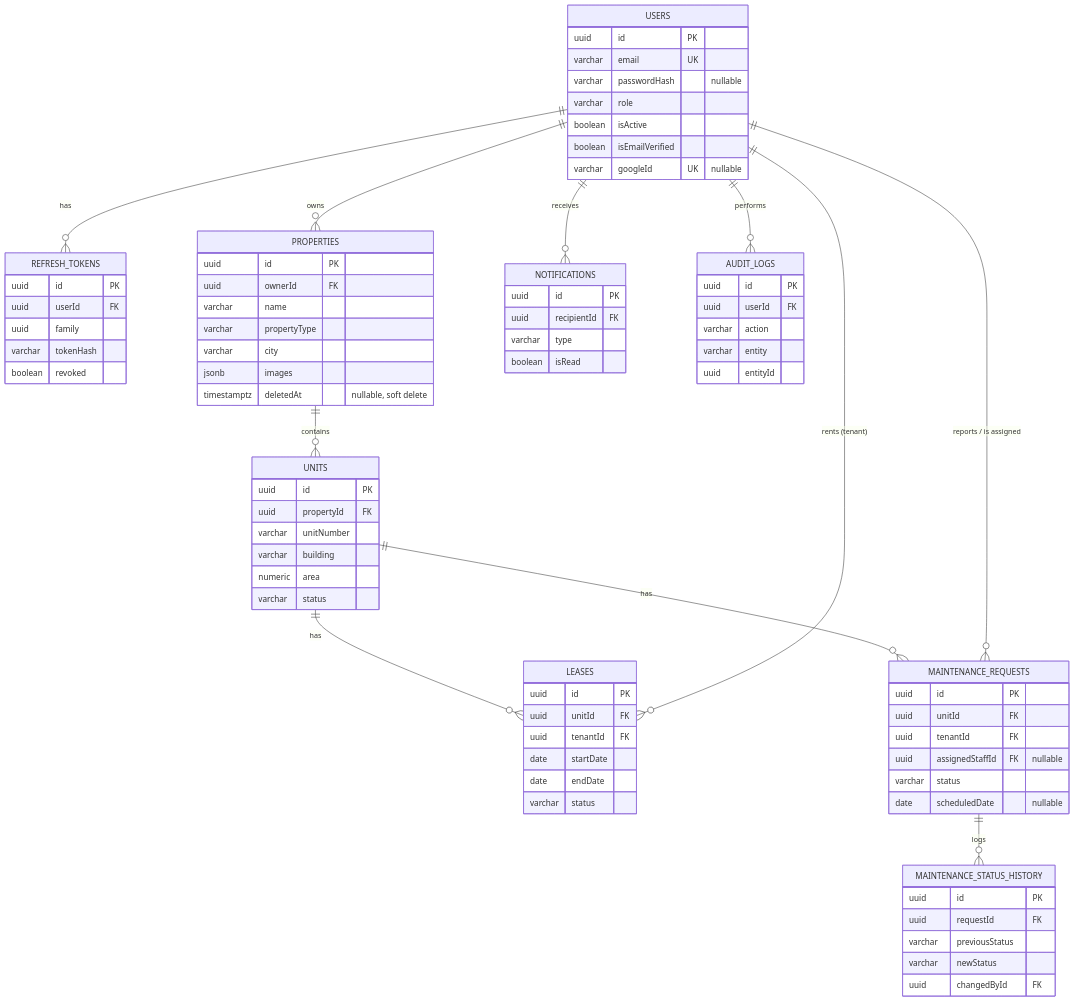
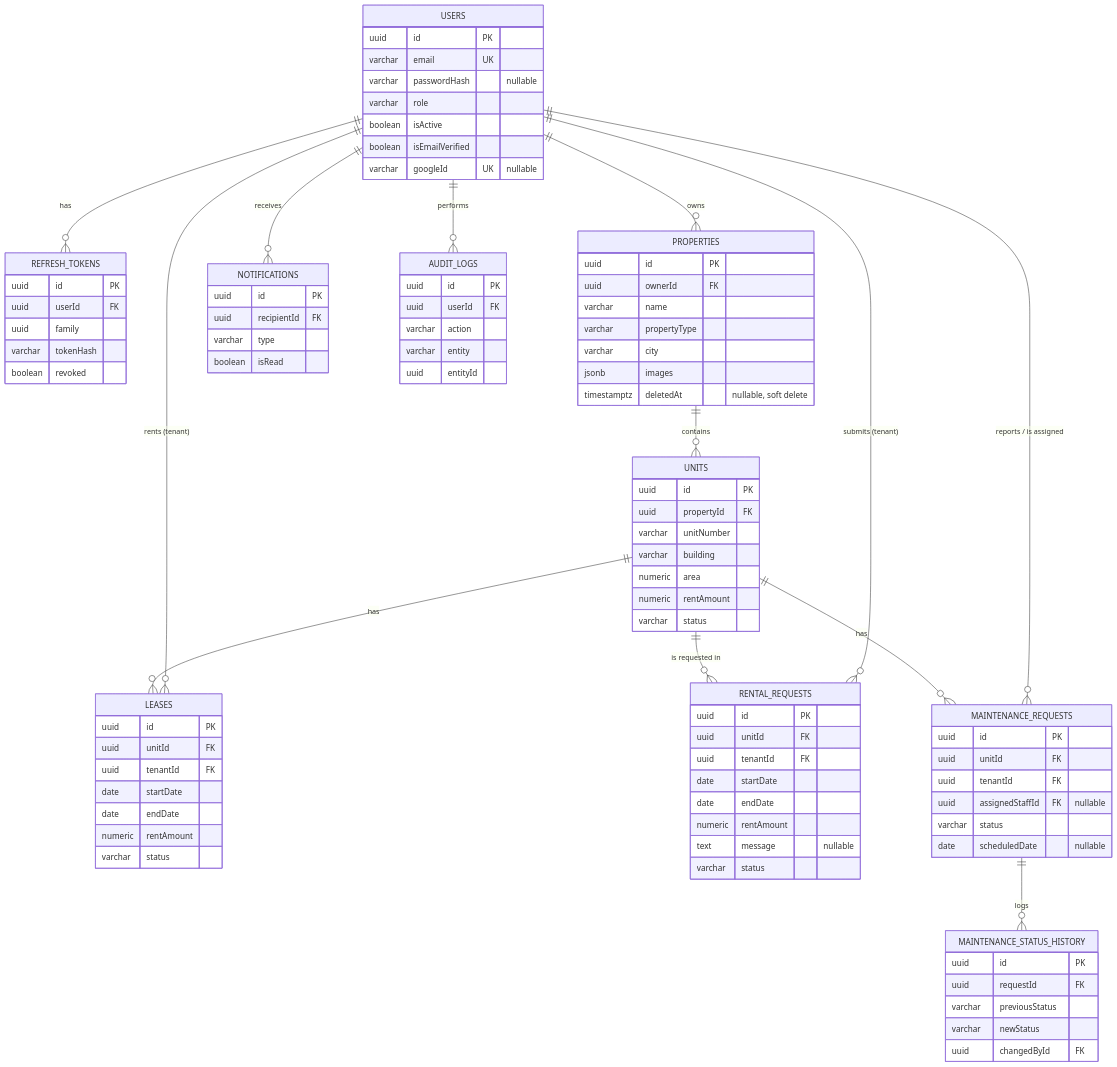
One commit to Joo-Shohber/Prop-Flow changed the diagram in docs/database.md. Above: the diagram before and after it, drawn with Mermaid. The commit also changed other lines of this file and 40 other files, not shown here.

```diff
--- a/docs/database.md
+++ b/docs/database.md
@@ -98,6 +111,8 @@
     PROPERTIES ||--o{ UNITS : contains
     UNITS ||--o{ LEASES : has
     USERS ||--o{ LEASES : "rents (tenant)"
+    UNITS ||--o{ RENTAL_REQUESTS : "is requested in"
+    USERS ||--o{ RENTAL_REQUESTS : "submits (tenant)"
     UNITS ||--o{ MAINTENANCE_REQUESTS : has
     USERS ||--o{ MAINTENANCE_REQUESTS : "reports / is assigned"
     MAINTENANCE_REQUESTS ||--o{ MAINTENANCE_STATUS_HISTORY : logs
@@ -135,6 +150,7 @@
         varchar unitNumber
         varchar building
         numeric area
+        numeric rentAmount
         varchar status
     }
     LEASES {
@@ -143,6 +159,17 @@
         uuid tenantId FK
         date startDate
         date endDate
+        numeric rentAmount
+        varchar status
+    }
+    RENTAL_REQUESTS {
+        uuid id PK
+        uuid unitId FK
+        uuid tenantId FK
+        date startDate
+        date endDate
+        numeric rentAmount
+        text message "nullable"
         varchar status
     }
     MAINTENANCE_REQUESTS {
```
